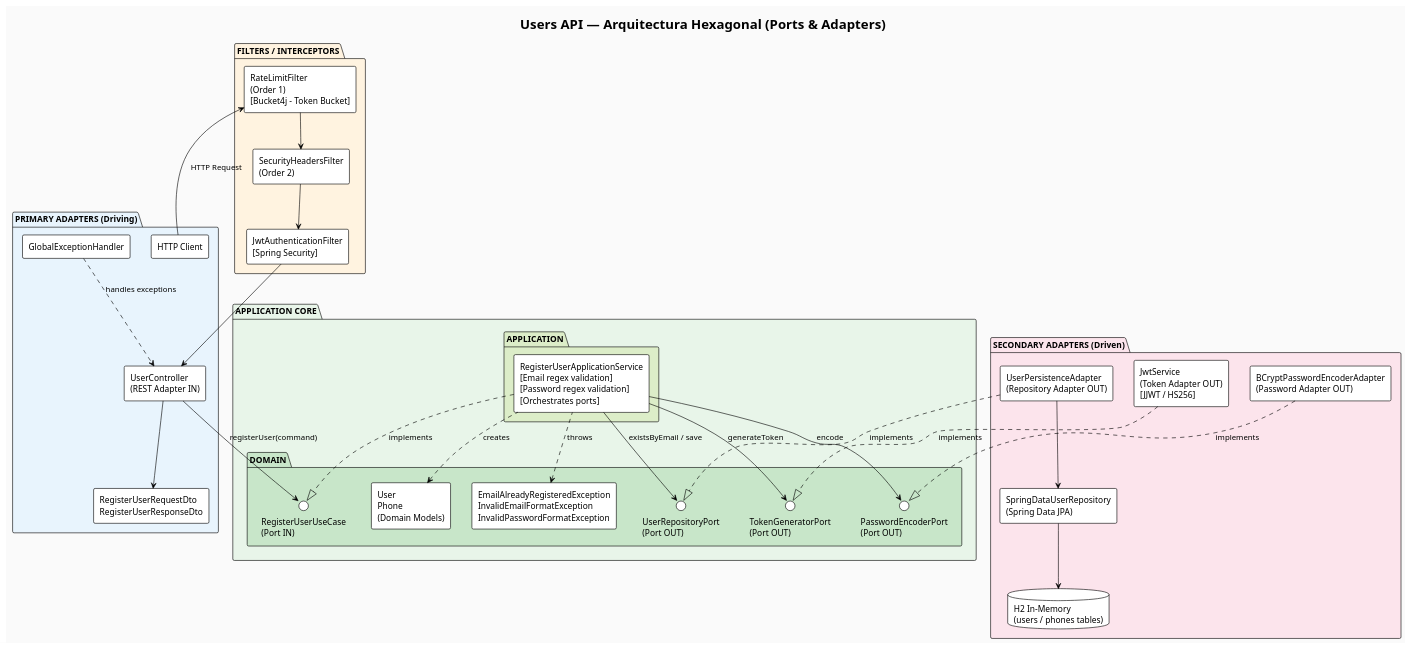
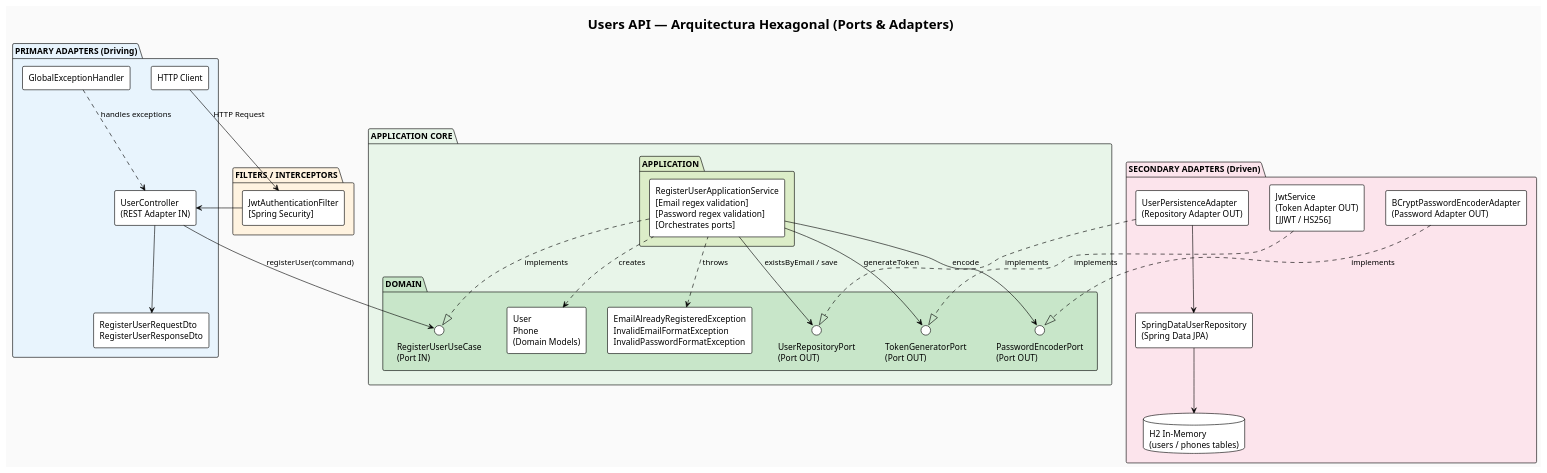
Before and after one commit to humornetworking/java-api-test: the diagram in docs/architecture.puml, drawn with PlantUML. The commit also changed 1 other file, not shown here.

```diff
--- a/docs/architecture.puml
+++ b/docs/architecture.puml
@@ -1,72 +1,68 @@
 @startuml Users API - Hexagonal Architecture
 
 !theme plain
 skinparam backgroundColor #FAFAFA
 skinparam componentStyle rectangle
 
 title Users API — Arquitectura Hexagonal (Ports & Adapters)
 
 package "PRIMARY ADAPTERS (Driving)" #E8F4FD {
   [HTTP Client] as client
   component "UserController\n(REST Adapter IN)" as controller
   component "RegisterUserRequestDto\nRegisterUserResponseDto" as dtos
   component "GlobalExceptionHandler" as exHandler
 }
 
 package "FILTERS / INTERCEPTORS" #FFF3E0 {
-  component "SecurityHeadersFilter\n(Order 2)" as secFilter
-  component "RateLimitFilter\n(Order 1)\n[Bucket4j - Token Bucket]" as rateFilter
   component "JwtAuthenticationFilter\n[Spring Security]" as jwtFilter
 }
 
 package "APPLICATION CORE" #E8F5E9 {
   package "DOMAIN" #C8E6C9 {
     interface "RegisterUserUseCase\n(Port IN)" as useCase
     interface "UserRepositoryPort\n(Port OUT)" as repoPort
     interface "TokenGeneratorPort\n(Port OUT)" as tokenPort
     interface "PasswordEncoderPort\n(Port OUT)" as passPort
 
     component "User\nPhone\n(Domain Models)" as models
     component "EmailAlreadyRegisteredException\nInvalidEmailFormatException\nInvalidPasswordFormatException" as exceptions
   }
 
   package "APPLICATION" #DCEDC8 {
     component "RegisterUserApplicationService\n[Email regex validation]\n[Password regex validation]\n[Orchestrates ports]" as appService
   }
 }
 
 package "SECONDARY ADAPTERS (Driven)" #FCE4EC {
   component "UserPersistenceAdapter\n(Repository Adapter OUT)" as persistAdapter
   component "JwtService\n(Token Adapter OUT)\n[JJWT / HS256]" as jwtService
   component "BCryptPasswordEncoderAdapter\n(Password Adapter OUT)" as passAdapter
 
   database "H2 In-Memory\n(users / phones tables)" as h2db
   component "SpringDataUserRepository\n(Spring Data JPA)" as jpaRepo
 }
 
 ' Relationships
-client --> rateFilter : HTTP Request
-rateFilter --> secFilter
-secFilter --> jwtFilter
+client --> jwtFilter : HTTP Request
 jwtFilter --> controller
 
 controller --> useCase : registerUser(command)
 controller --> dtos
 exHandler ..> controller : handles exceptions
 
 appService ..|> useCase : implements
 appService --> repoPort : existsByEmail / save
 appService --> tokenPort : generateToken
 appService --> passPort : encode
 
 persistAdapter ..|> repoPort : implements
 jwtService ..|> tokenPort : implements
 passAdapter ..|> passPort : implements
 
 persistAdapter --> jpaRepo
 jpaRepo --> h2db
 
 models <.. appService : creates
 exceptions <.. appService : throws
 
 @enduml
```
